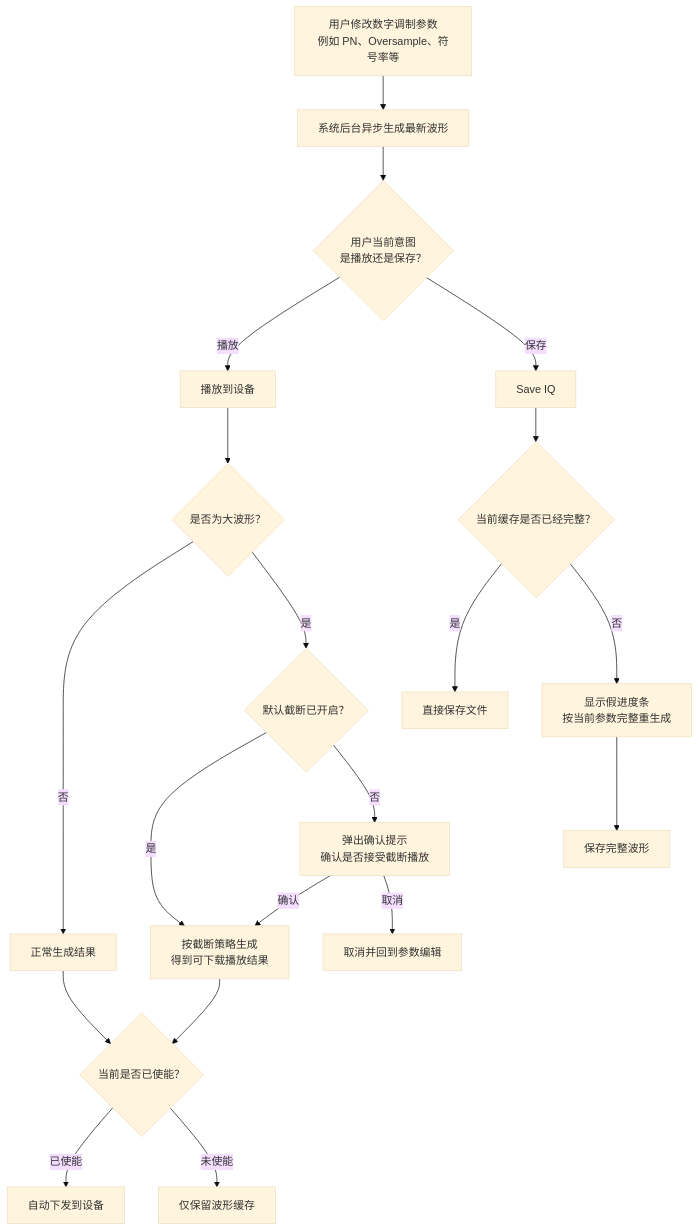
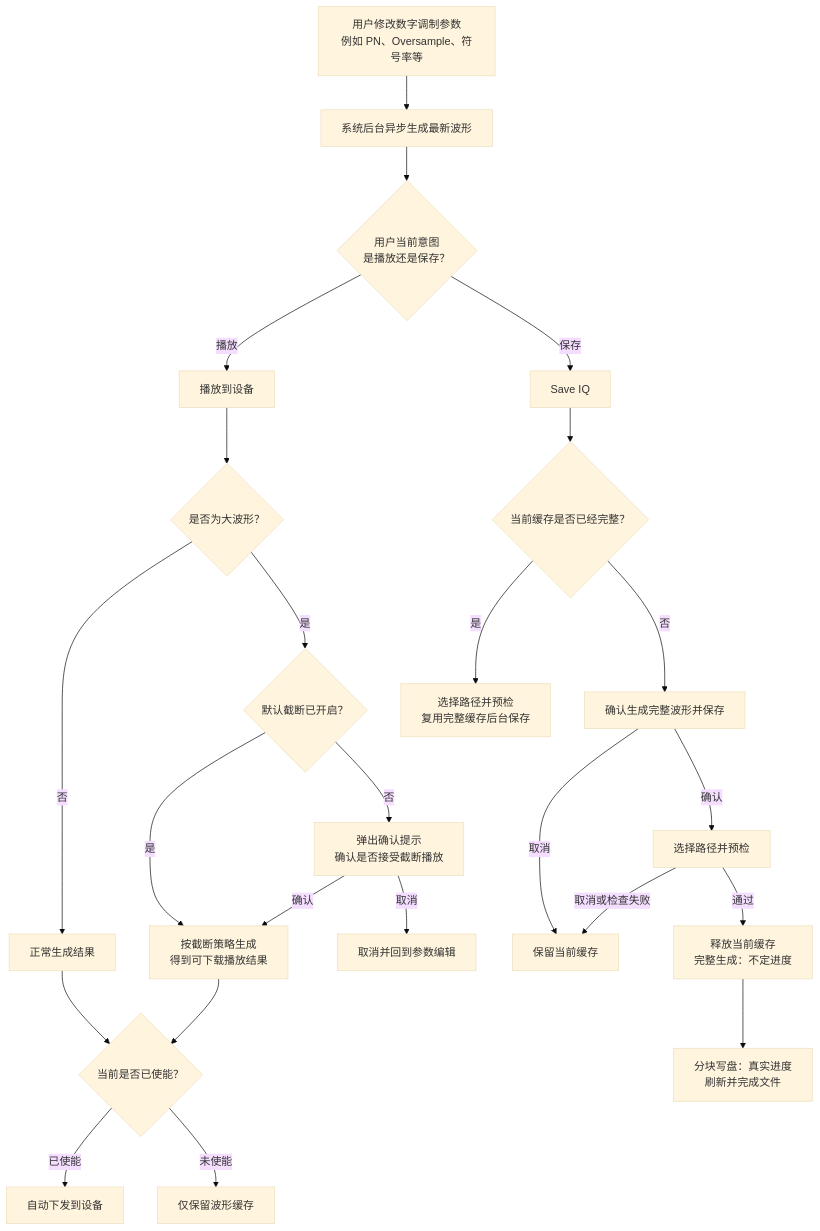
The diagram in .github/KnowledgeBase/digital_modulation_user_interaction_flow.md (ChairmanHA/skills), drawn with Mermaid (base theme) before and after one commit. The commit also changed other lines of this file and 28 other files, not shown here.

````diff
--- a/.github/KnowledgeBase/digital_modulation_user_interaction_flow.md
+++ b/.github/KnowledgeBase/digital_modulation_user_interaction_flow.md
@@ -133,27 +131,31 @@
 ```mermaid
 flowchart TD
 	edit["用户修改数字调制参数<br/>例如 PN、Oversample、符号率等"] --> async["系统后台异步生成最新波形"]
 	async --> intent{"用户当前意图<br/>是播放还是保存？"}
 
 	intent -->|播放| play["播放到设备"]
 	intent -->|保存| save["Save IQ"]
 
 	play --> large{"是否为大波形？"}
 	large -->|否| normal["正常生成结果"]
 	normal --> enabled{"当前是否已使能？"}
 
 	large -->|是| trimDefault{"默认截断已开启？"}
 	trimDefault -->|是| trimGen["按截断策略生成<br/>得到可下载播放结果"]
 	trimDefault -->|否| confirm["弹出确认提示<br/>确认是否接受截断播放"]
 	confirm -->|确认| trimGen
 	confirm -->|取消| cancel["取消并回到参数编辑"]
 	trimGen --> enabled
 
 	enabled -->|已使能| autoDownload["自动下发到设备"]
 	enabled -->|未使能| cacheOnly["仅保留波形缓存"]
 
 	save --> cacheFull{"当前缓存是否已经完整？"}
-	cacheFull -->|是| directSave["直接保存文件"]
-	cacheFull -->|否| fakeProgress["显示假进度条<br/>按当前参数完整重生成"]
-	fakeProgress --> fullSave["保存完整波形"]
+	cacheFull -->|是| directSave["选择路径并预检<br/>复用完整缓存后台保存"]
+	cacheFull -->|否| exportConfirm["确认生成完整波形并保存"]
+	exportConfirm -->|取消| keepCache["保留当前缓存"]
+	exportConfirm -->|确认| exportPath["选择路径并预检"]
+	exportPath -->|取消或检查失败| keepCache
+	exportPath -->|通过| fullGeneration["释放当前缓存<br/>完整生成：不定进度"]
+	fullGeneration --> fullSave["分块写盘：真实进度<br/>刷新并完成文件"]
 ```
````
